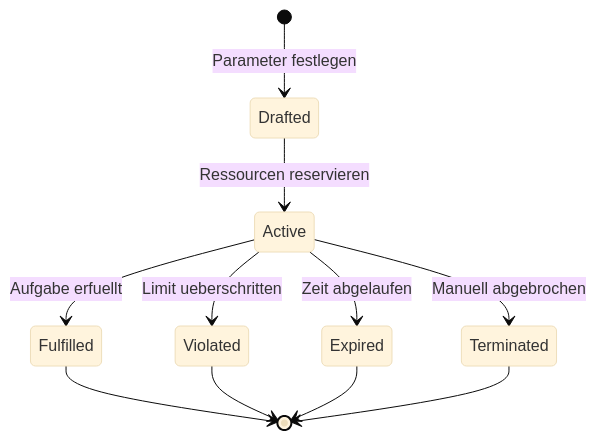
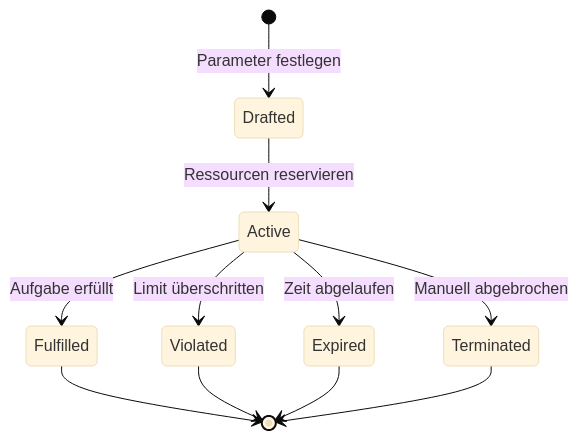
One commit to ralf-42/Agenten changed the ninth of 9 diagrams in docs/concepts/protokolle/agenten-kommunikationsprotokolle.md. Above: the diagram before and after it, drawn with Mermaid (base theme). The commit also changed other lines of this file and 22 other files, not shown here.

````diff
--- a/docs/concepts/protokolle/agenten-kommunikationsprotokolle.md
+++ b/docs/concepts/protokolle/agenten-kommunikationsprotokolle.md
@@ -290,13 +291,13 @@
 ```mermaid
 stateDiagram-v2
     [*] --> Drafted: Parameter festlegen
     Drafted --> Active: Ressourcen reservieren
-    Active --> Fulfilled: Aufgabe erfuellt
-    Active --> Violated: Limit ueberschritten
+    Active --> Fulfilled: Aufgabe erfüllt
+    Active --> Violated: Limit überschritten
     Active --> Expired: Zeit abgelaufen
     Active --> Terminated: Manuell abgebrochen
     Fulfilled --> [*]
     Violated --> [*]
     Expired --> [*]
     Terminated --> [*]
 ```
````
